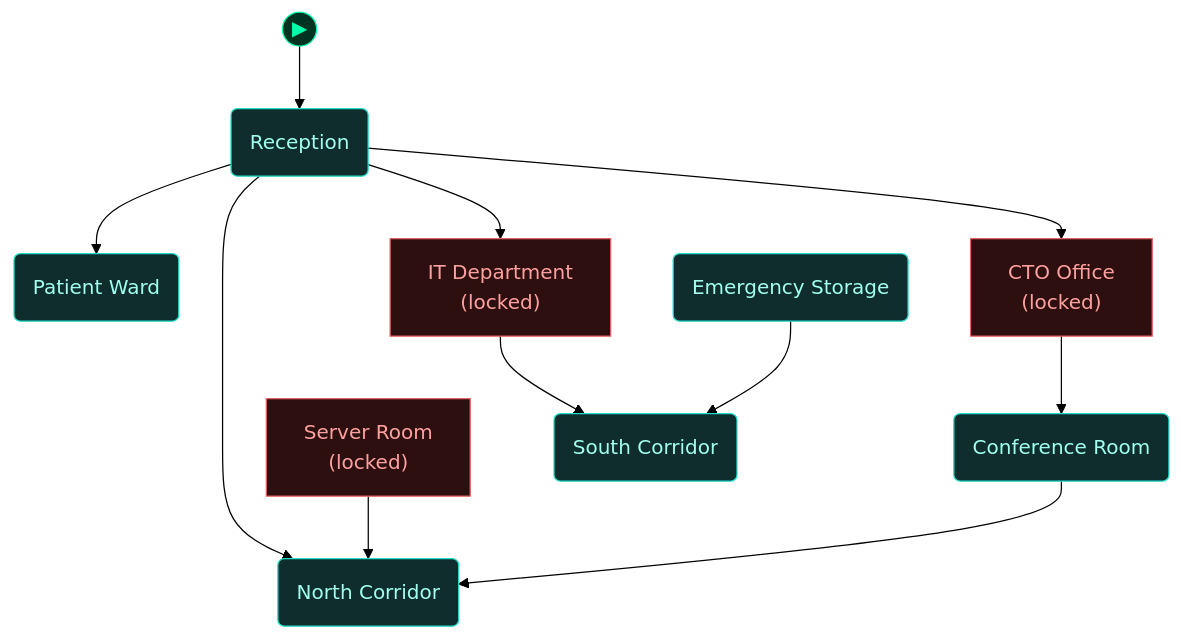
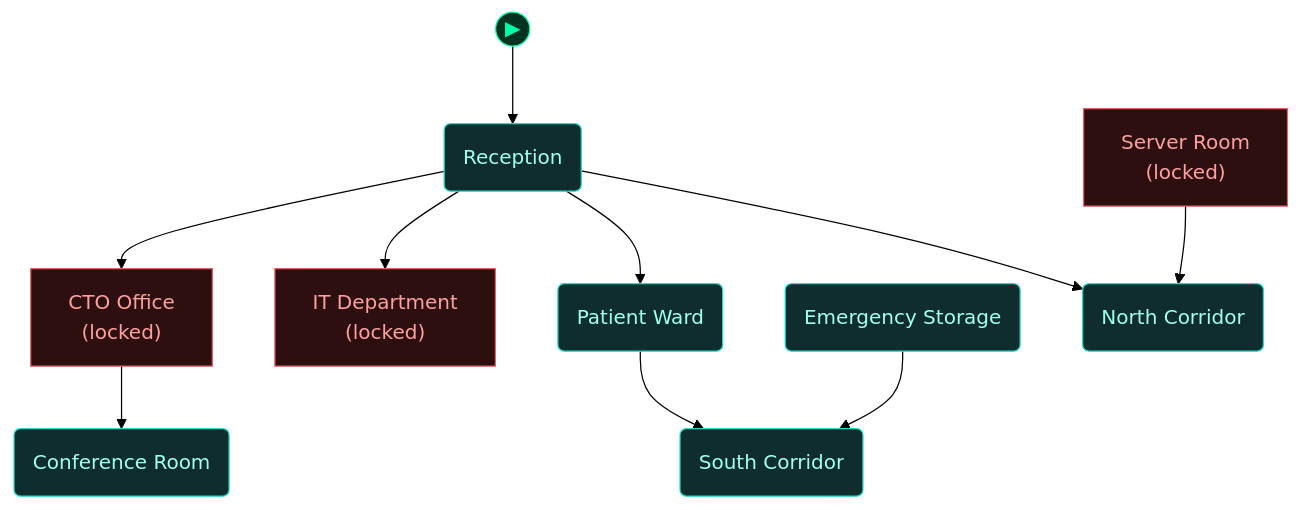
The fourth of 5 diagrams in scenarios/m02_ransomed_trust/dungeon_graph.md (cliffe/BreakEscapeGame), drawn with Mermaid (forest theme) before and after one commit. The commit also changed other lines of this file and 5 other files, not shown here.

````diff
--- a/scenarios/m02_ransomed_trust/dungeon_graph.md
+++ b/scenarios/m02_ransomed_trust/dungeon_graph.md
@@ -440,45 +440,44 @@
 ```mermaid
 flowchart TD
 
   classDef room      fill:#0f2d2d,stroke:#22ddcc,color:#a0ffee
   classDef lock      fill:#2d0f0f,stroke:#e66060,color:#ffa0a0
   classDef key       fill:#2d0812,stroke:#e66060,color:#ffa0a0
   classDef item      fill:#2d1200,stroke:#e89030,color:#ffcc80
   classDef gate      fill:#111,stroke:#666,color:#eee
   classDef vm        fill:#0c1f40,stroke:#4a90d9,color:#a0c8ff
   classDef flag      fill:#1a0c2d,stroke:#9060d0,color:#cc99ff
   classDef action    fill:#1a1200,stroke:#cc9922,color:#ffee88
   classDef aim       fill:#0d2a0d,stroke:#44cc44,color:#88ff88
   classDef aim_gate  fill:#111111,stroke:#44cc44,color:#44cc44
   classDef container fill:#1a2d1a,stroke:#60b060,color:#a0e0a0
   classDef npc       fill:#2d1f0d,stroke:#d0a050,color:#ffe0a0
   classDef critical  fill:#2a1500,stroke:#ffaa00,color:#ffdd88
   classDef start     fill:#003322,stroke:#00ffaa,color:#00ffaa
 
   node_start(("▶"))
   node_start --> reception_lobby
 
   reception_lobby("Reception")
   hospital_ward("Patient Ward")
   it_department["IT Department<br/>(locked)"]
   server_room["Server Room<br/>(locked)"]
   emergency_equipment_storage("Emergency Storage")
   dr_kim_office["CTO Office<br/>(locked)"]
   conference_room("Conference Room")
   hallway_north("North Corridor")
   hallway_south("South Corridor")
 
   reception_lobby --> hallway_north
   reception_lobby --> it_department
   reception_lobby --> dr_kim_office
   reception_lobby --> hospital_ward
-  it_department --> hallway_south
+  hospital_ward --> hallway_south
   server_room --> hallway_north
   emergency_equipment_storage --> hallway_south
   dr_kim_office --> conference_room
-  conference_room --> hallway_north
 
   class reception_lobby,hospital_ward,emergency_equipment_storage,conference_room,hallway_north,hallway_south room
   class it_department,server_room,dr_kim_office lock
   class node_start start
 ```
````
